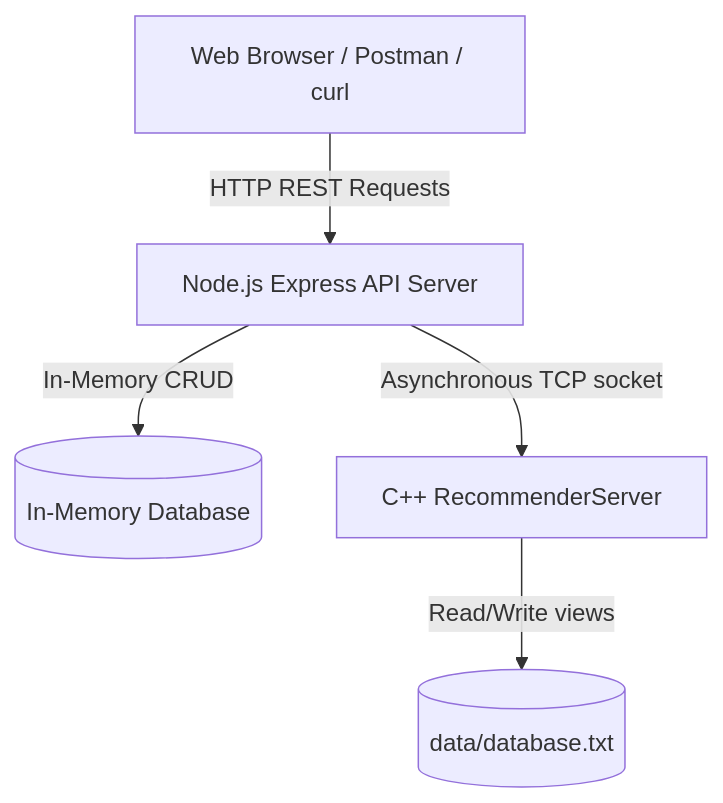
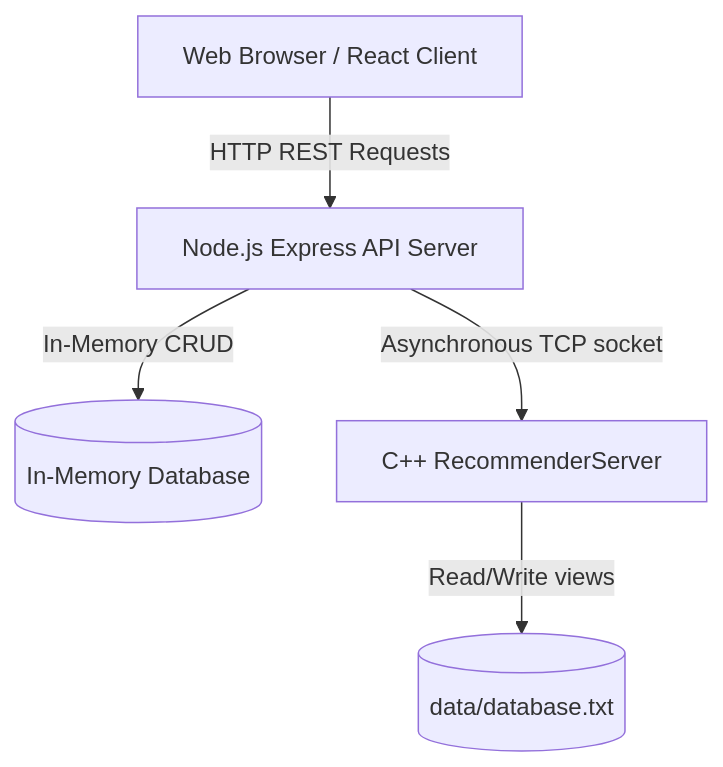
The diagram in README.md (Eliyahu497/WOLT), drawn with Mermaid before and after one commit. The commit also changed other lines of this file and 23 other files, not shown here.

Commit message:
feat: implement full-stack Want application with React frontend, Node.js REST API, and C++ TCP recommender integration

````diff
--- a/README.md
+++ b/README.md
@@ -9,7 +11,7 @@
 ```mermaid
 graph TD
-    Client[Web Browser / Postman / curl] -->|HTTP REST Requests| Express[Node.js Express API Server]
+    Client[Web Browser / React Client] -->|HTTP REST Requests| Express[Node.js Express API Server]
     Express -->|In-Memory CRUD| MemDB[(In-Memory Database)]
     Express -->|Asynchronous TCP socket| CppServer[C++ RecommenderServer]
     CppServer -->|Read/Write views| Disk[(data/database.txt)]
 ```
````
